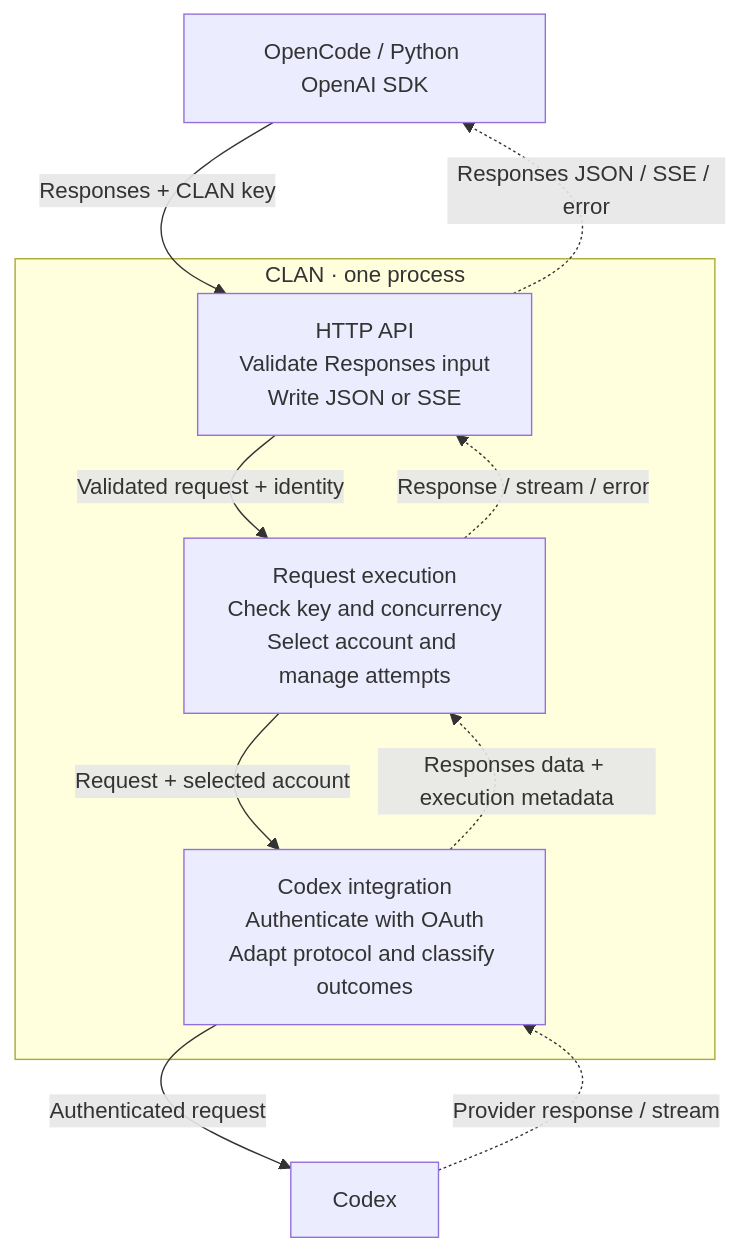
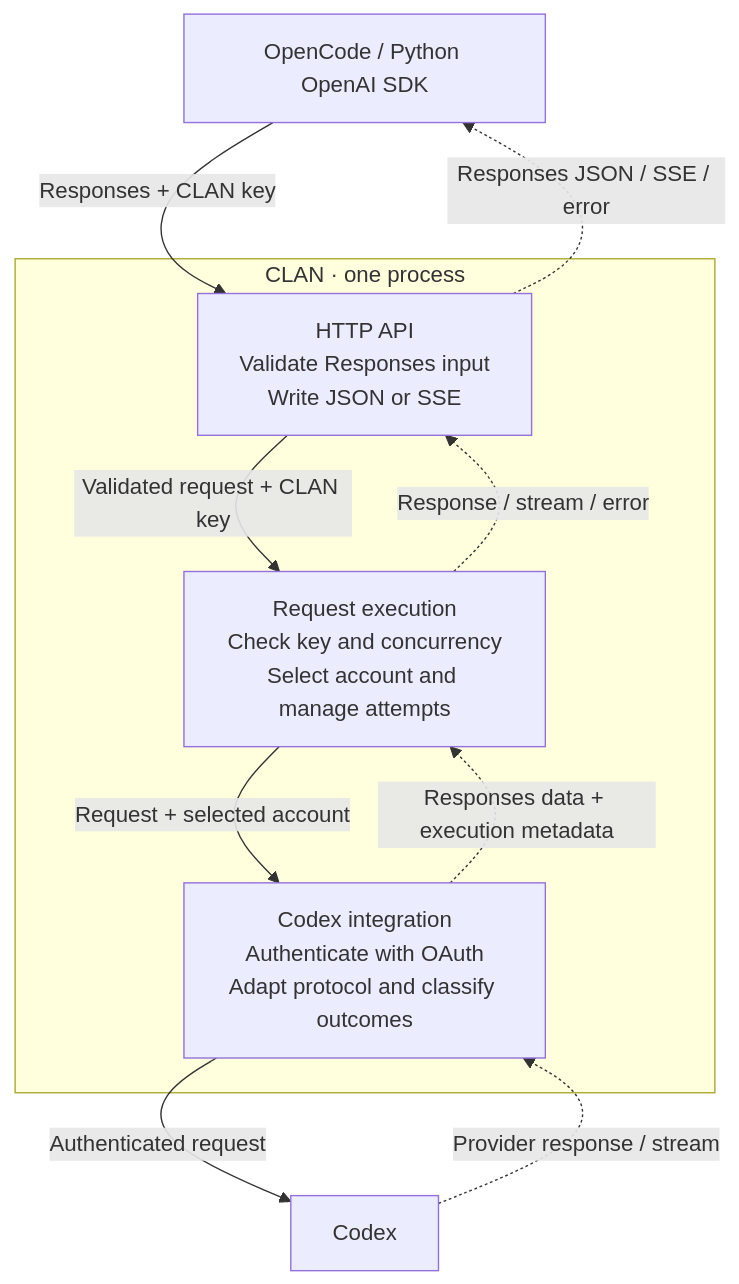
One commit to deyna256/clan changed the diagram in README.md. Above: the diagram before and after it, drawn with Mermaid. The commit also changed 20 other files, not shown here.

Commit message:
#32: implement request execution and lifecycle control (#42)

````diff
--- a/README.md
+++ b/README.md
@@ -74,25 +74,25 @@
 ```mermaid
 flowchart TB
     accTitle: CLAN first-release request flow
     accDescr: OpenCode or a Python application sends a Responses request to CLAN. The HTTP API validates it, request execution manages access and attempts, and the Codex integration calls Codex using OAuth. Responses return through the same modules.
 
     client["OpenCode / Python OpenAI SDK"]
 
     subgraph clan["CLAN · one process"]
         http["HTTP API<br/>Validate Responses input<br/>Write JSON or SSE"]
         execution["Request execution<br/>Check key and concurrency<br/>Select account and manage attempts"]
         codex["Codex integration<br/>Authenticate with OAuth<br/>Adapt protocol and classify outcomes"]
     end
 
     upstream["Codex"]
 
     client -->|"Responses + CLAN key"| http
-    http -->|"Validated request + identity"| execution
+    http -->|"Validated request + CLAN key"| execution
     execution -->|"Request + selected account"| codex
     codex -->|"Authenticated request"| upstream
 
     upstream -.->|"Provider response / stream"| codex
     codex -.->|"Responses data + execution metadata"| execution
     execution -.->|"Response / stream / error"| http
     http -.->|"Responses JSON / SSE / error"| client
 ```
````
